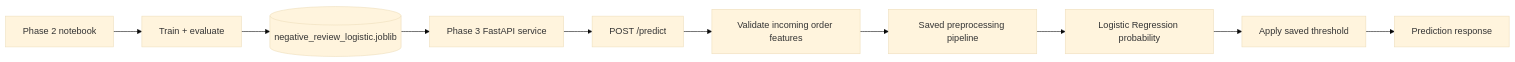
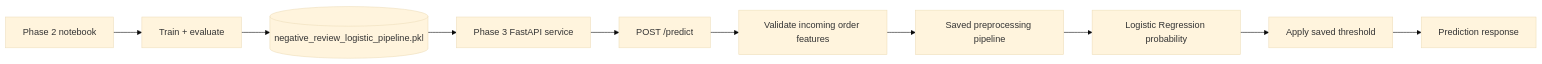
One commit to Voycepeh/Team01_IT5006_Ecommerce_Analytics_AY2627Sem1 changed the second of 2 diagrams in docs/phase2-classification-workflow.md. Above: the diagram before and after it, drawn with Mermaid (base theme). The commit also changed other lines of this file, not shown here.

Commit message:
Align deployment docs with lecturer architecture

````diff
--- a/docs/phase2-classification-workflow.md
+++ b/docs/phase2-classification-workflow.md
@@ -148,12 +148,12 @@
 ```mermaid
 flowchart LR
     A[Phase 2 notebook] --> B[Train + evaluate]
-    B --> C[(negative_review_logistic.joblib)]
+    B --> C[(negative_review_logistic_pipeline.pkl)]
     C --> D[Phase 3 FastAPI service]
     D --> E[POST /predict]
     E --> F[Validate incoming order features]
     F --> G[Saved preprocessing pipeline]
     G --> H[Logistic Regression probability]
     H --> I[Apply saved threshold]
     I --> J[Prediction response]
 ```
````
